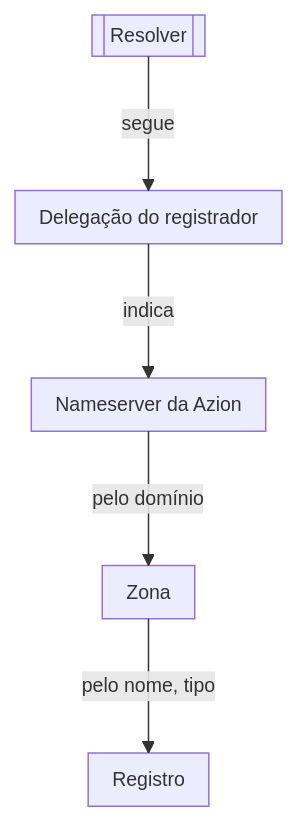
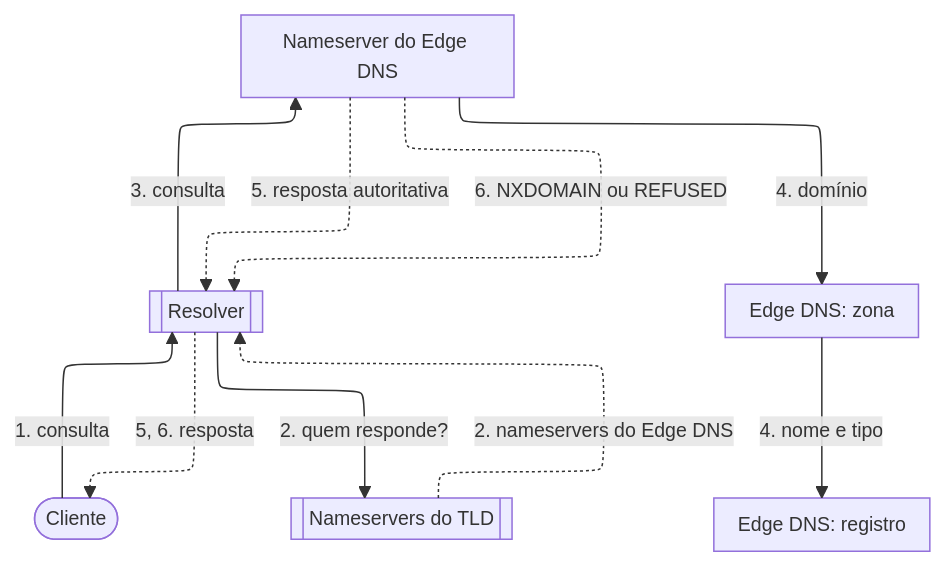
The diagram in apps/docs/src/content/docs/pt-br/pages/menu-principal/referencia/secure/edge-dns/edge-dns.mdx (aziontech/docs), drawn with Mermaid before and after one commit. The commit also changed other lines of this file and 73 other files, not shown here.

Commit message:
fix(edge-dns): test the Edge DNS section against the product and correct the pages (#2710)

````diff
--- a/apps/docs/src/content/docs/pt-br/pages/menu-principal/referencia/secure/edge-dns/edge-dns.mdx
+++ b/apps/docs/src/content/docs/pt-br/pages/menu-principal/referencia/secure/edge-dns/edge-dns.mdx
@@ -50,8 +34,19 @@
 ```mermaid
-%%{init: {"layout": "elk", "themeVariables": {"fontSize": "13px"}, "flowchart": {"nodeSpacing": 24, "rankSpacing": 36, "padding": 8, "wrappingWidth": 150, "useMaxWidth": true}, "sequence": {"width": 120, "actorMargin": 30, "useMaxWidth": true}}}%%
+%%{init: {"layout": "elk", "elk": {"cycleBreakingStrategy": "MODEL_ORDER"}, "themeVariables": {"fontSize": "13px"}, "flowchart": {"nodeSpacing": 24, "rankSpacing": 36, "padding": 8, "wrappingWidth": 150, "useMaxWidth": true}, "sequence": {"width": 120, "actorMargin": 30, "useMaxWidth": true}}}%%
 flowchart TD
-  Res[["Resolver"]] -->|"segue"| Del["Delegação do registrador"]
-  Del -->|"indica"| Ns["Nameserver da Azion"]
-  Ns -->|"pelo domínio"| Zone["Zona"]
-  Zone -->|"pelo nome, tipo"| Rec["Registro"]
+  Client(["Cliente"])
+  Resolver[["Resolver"]]
+  TLD[["Nameservers do TLD"]]
+  NS["Nameserver do Edge DNS"]
+  Zone["Edge DNS: zona"]
+  Record["Edge DNS: registro"]
+  Client -->|"1. consulta"| Resolver
+  Resolver -->|"2. quem responde?"| TLD
+  TLD -.->|"2. nameservers do Edge DNS"| Resolver
+  Resolver -->|"3. consulta"| NS
+  NS -->|"4. domínio"| Zone
+  Zone -->|"4. nome e tipo"| Record
+  NS -.->|"5. resposta autoritativa"| Resolver
+  NS -.->|"6. NXDOMAIN ou REFUSED"| Resolver
+  Resolver -.->|"5, 6. resposta"| Client
 ```
````
